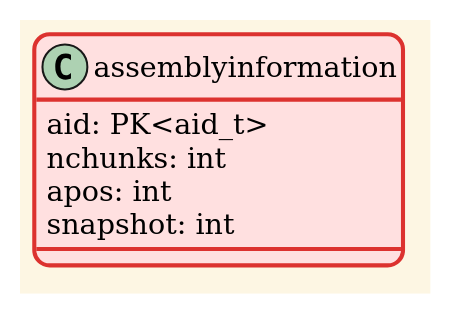
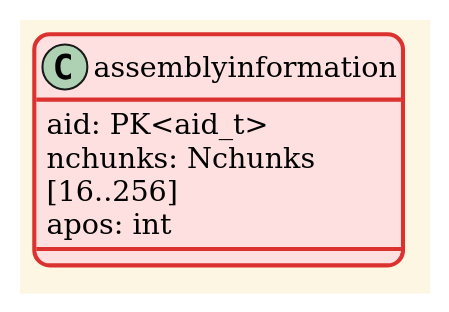
Before and after one commit to eLyKseeR/modelling: the first of 5 diagrams in relations.uml/assembly.puml, drawn with PlantUML. The commit also changed other lines of this file and 40 other files, not shown here.

```diff
--- a/relations.uml/assembly.puml
+++ b/relations.uml/assembly.puml
@@ -3,15 +3,12 @@
 @startuml assemblyinformation
 
 !theme sunlust
 
 class assemblyinformation {
     aid: PK<aid_t>
-    nchunks: int
+    nchunks: Nchunks [16..256]
     apos: int
-    snapshot: int
 }
-' note right of assemblyinformation::snapshot
-' knowning the snapshot here   
-' means we can go from block to assembly to snapshot 
-' end note
+' planned (not in elykseer-ml yet): a 'snapshot' field here
+' would allow to go from block to assembly to snapshot
 @enduml
```
